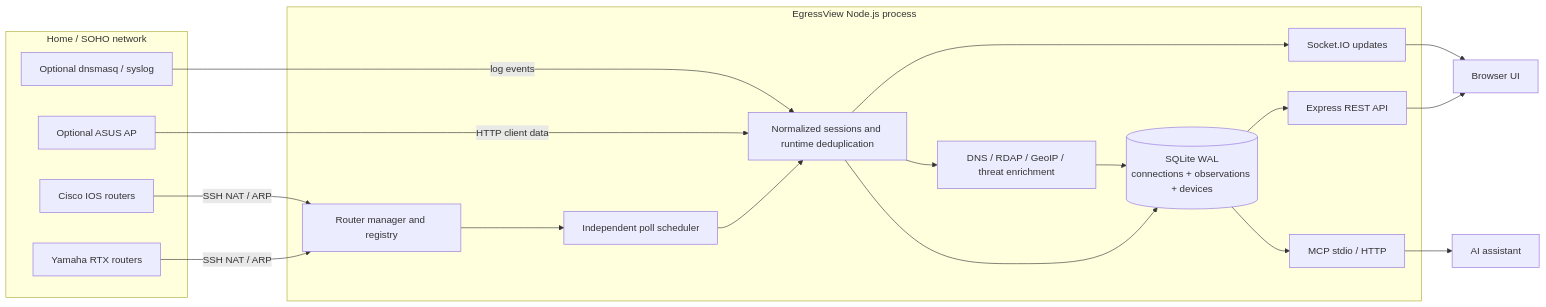
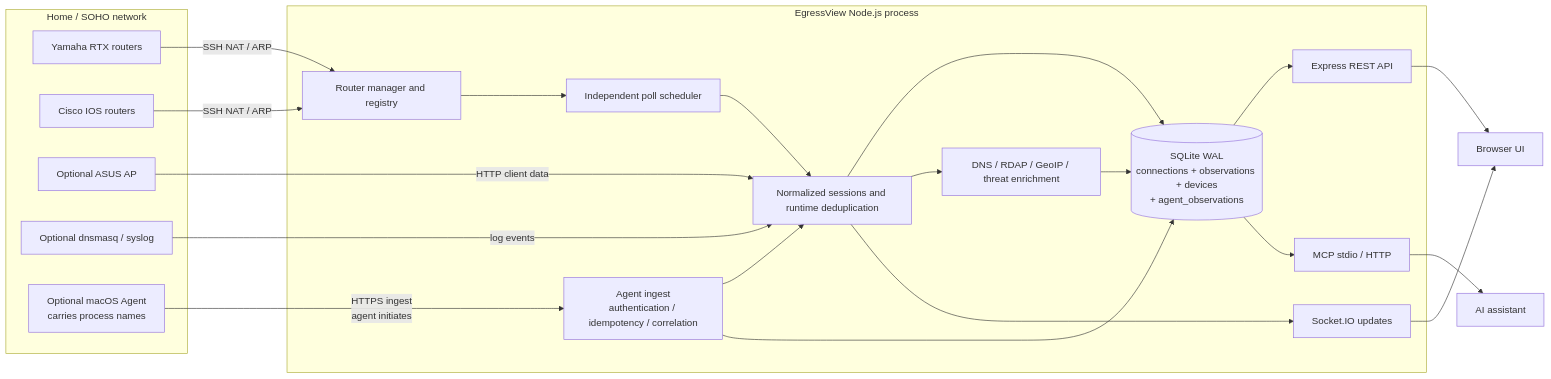
The diagram in docs/architecture.md (yo1t/egressview), drawn with Mermaid before and after one commit. The commit also changed other lines of this file and 2 other files, not shown here.

First line of the commit message:
docs: put the agent in the architecture, and quiet dotenv's advertisement

````diff
--- a/docs/architecture.md
+++ b/docs/architecture.md
@@ -13,31 +13,36 @@
 ```mermaid
 flowchart LR
   subgraph Network[Home / SOHO network]
     Y[Yamaha RTX routers]
     C[Cisco IOS routers]
     A[Optional ASUS AP]
     L[Optional dnsmasq / syslog]
+    M[Optional macOS Agent<br/>carries process names]
   end
 
   subgraph Server[EgressView Node.js process]
     RM[Router manager and registry]
     PS[Independent poll scheduler]
+    IN[Agent ingest<br/>authentication / idempotency / correlation]
     N[Normalized sessions and runtime deduplication]
     EN[DNS / RDAP / GeoIP / threat enrichment]
-    DB[(SQLite WAL\nconnections + observations + devices)]
+    DB[(SQLite WAL\nconnections + observations + devices\n+ agent_observations)]
     HTTP[Express REST API]
     WS[Socket.IO updates]
     MCP[MCP stdio / HTTP]
   end
 
   Y -->|SSH NAT / ARP| RM
   C -->|SSH NAT / ARP| RM
   RM --> PS --> N
   A -->|HTTP client data| N
   L -->|log events| N
+  M -->|HTTPS ingest<br/>agent initiates| IN
+  IN --> N
+  IN --> DB
   N --> DB
   N --> EN --> DB
   DB --> HTTP --> UI[Browser UI]
   N --> WS --> UI
   DB --> MCP --> AI[AI assistant]
 ```
````
